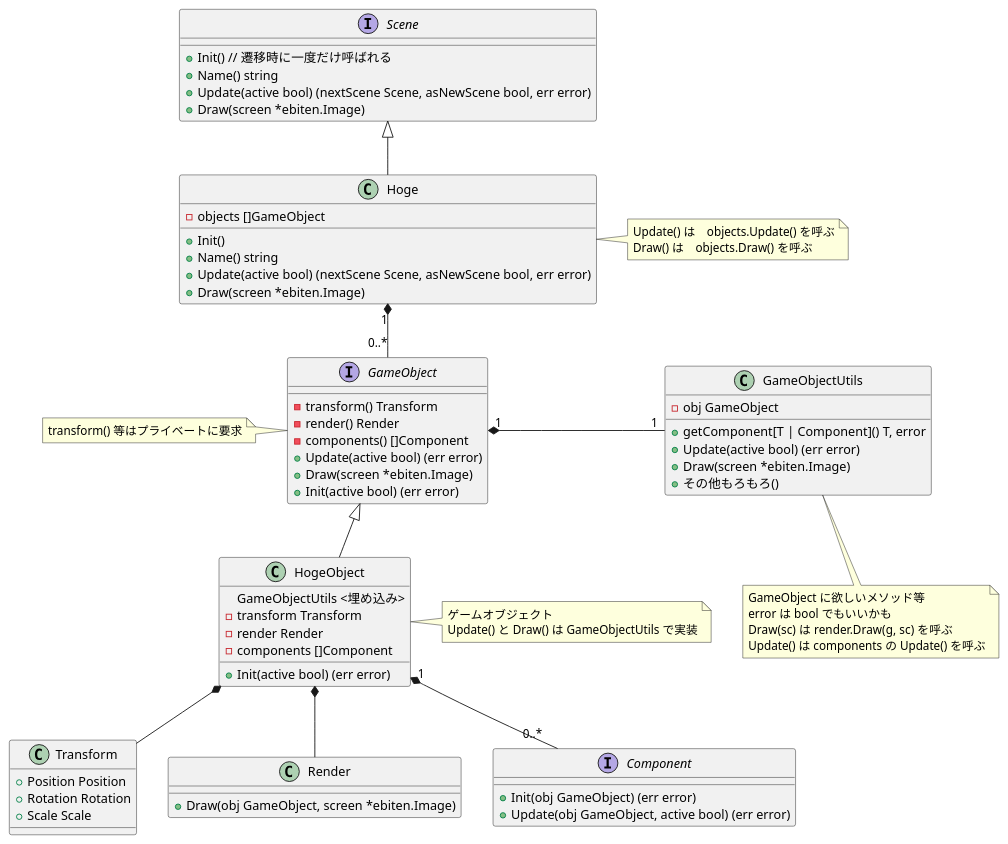
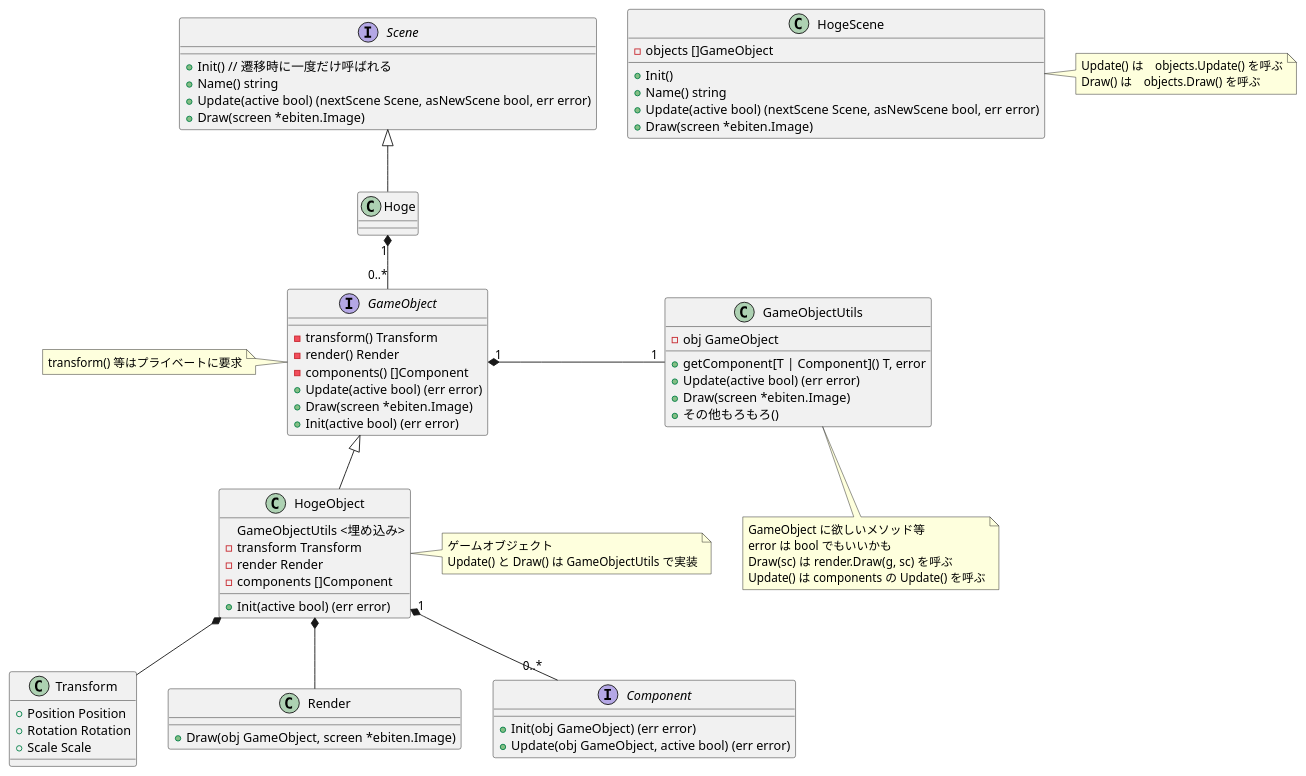
One commit to kmc-jp/Gamedev_Tempura-of-p--Phenylazo-phenol changed the diagram in Docs/Scene_class_diagram.puml. Above: the diagram before and after it, drawn with PlantUML.

Commit message:
Hoge が Scene であることが分かるように名前変更

```diff
--- a/Docs/Scene_class_diagram.puml
+++ b/Docs/Scene_class_diagram.puml
@@ -1,75 +1,75 @@
 @startuml Scene_class_diagram
 
 interface Scene {
     + Init() // 遷移時に一度だけ呼ばれる
     + Name() string
     + Update(active bool) (nextScene Scene, asNewScene bool, err error)
     + Draw(screen *ebiten.Image)
 }
 
-class Hoge {
+class HogeScene {
     - objects []GameObject
     + Init()
     + Name() string
     + Update(active bool) (nextScene Scene, asNewScene bool, err error)
     + Draw(screen *ebiten.Image)
 }
-note right of Hoge : Update() は　objects.Update() を呼ぶ\nDraw() は　objects.Draw() を呼ぶ
+note right of HogeScene : Update() は　objects.Update() を呼ぶ\nDraw() は　objects.Draw() を呼ぶ
 
 Hoge -up-|> Scene
 
 Hoge "1" *-- "0..*" GameObject
 
 interface GameObject {
     - transform() Transform
     - render() Render
     - components() []Component
     + Update(active bool) (err error)
     + Draw(screen *ebiten.Image)
     + Init(active bool) (err error)
 }
 note left of GameObject : transform() 等はプライベートに要求
 
 class GameObjectUtils {
     - obj GameObject
     + getComponent[T | Component]() T, error
     + Update(active bool) (err error)
     + Draw(screen *ebiten.Image)
     + その他もろもろ()
 }
 note bottom of GameObjectUtils : GameObject に欲しいメソッド等\nerror は bool でもいいかも\nDraw(sc) は render.Draw(g, sc) を呼ぶ\nUpdate() は components の Update() を呼ぶ
 
 GameObject "1" *- "1" GameObjectUtils
 
 
 class HogeObject {
     GameObjectUtils <埋め込み>
     - transform Transform
     - render Render
     - components []Component
     + Init(active bool) (err error)
 }
 note right of HogeObject : ゲームオブジェクト\nUpdate() と Draw() は GameObjectUtils で実装
 
 
 HogeObject -up-|> GameObject
 HogeObject *-- Transform
 HogeObject *-- Render
 
 HogeObject "1" *-- "0..*" Component
 
 class Transform {
     + Position Position
     + Rotation Rotation
     + Scale Scale
 }
 
 class Render {
     + Draw(obj GameObject, screen *ebiten.Image)
 }
 
 interface Component {
     + Init(obj GameObject) (err error)
     + Update(obj GameObject, active bool) (err error)
 }
 @enduml
```
